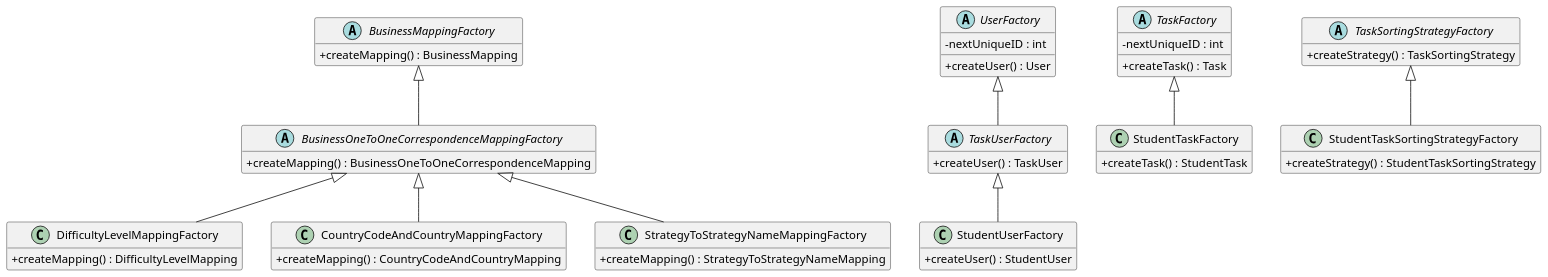
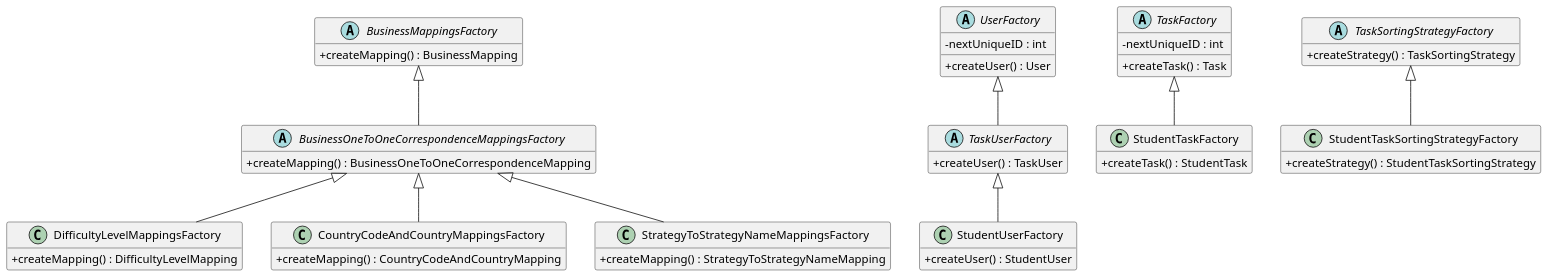
The second of 2 diagrams in Entities.puml (CSC207-2025F-UofT/team-project), drawn with PlantUML before and after one commit. The commit also changed other lines of this file and 1 other file, not shown here.

```diff
--- a/Entities.puml
+++ b/Entities.puml
@@ -98,75 +116,75 @@
 @startuml
 'https://plantuml.com/class-diagram
 ' `..|>` represents Interface Realization/Implementation (dashed line with an open arrow).
 ' `--|>` represents Inheritance/Generalization (solid line with an open arrow).
 ' `o-->` represents Aggregation (a hollow diamond pointing to the owner/container). The "\*" indicates multiplicity (e.g., Drawing holds multiple Shape objects).
 skinparam dpi 120
 skinparam classAttributeIconSize 0
 hide empty members
 
 ' ========
 ' Factories
 ' ========
-abstract class BusinessMappingFactory {
+abstract class BusinessMappingsFactory {
   + createMapping() : BusinessMapping
 }
 
-abstract class BusinessOneToOneCorrespondenceMappingFactory {
+abstract class BusinessOneToOneCorrespondenceMappingsFactory {
   + createMapping() : BusinessOneToOneCorrespondenceMapping
 }
 
-class DifficultyLevelMappingFactory {
+class DifficultyLevelMappingsFactory {
   + createMapping() : DifficultyLevelMapping
 }
 
-class CountryCodeAndCountryMappingFactory {
+class CountryCodeAndCountryMappingsFactory {
   + createMapping() : CountryCodeAndCountryMapping
 }
 
-class StrategyToStrategyNameMappingFactory {
+class StrategyToStrategyNameMappingsFactory {
   + createMapping() : StrategyToStrategyNameMapping
 }
 
-BusinessMappingFactory <|-- BusinessOneToOneCorrespondenceMappingFactory
-BusinessOneToOneCorrespondenceMappingFactory <|-- DifficultyLevelMappingFactory
-BusinessOneToOneCorrespondenceMappingFactory <|-- CountryCodeAndCountryMappingFactory
-BusinessOneToOneCorrespondenceMappingFactory <|-- StrategyToStrategyNameMappingFactory
+BusinessMappingsFactory <|-- BusinessOneToOneCorrespondenceMappingsFactory
+BusinessOneToOneCorrespondenceMappingsFactory <|-- DifficultyLevelMappingsFactory
+BusinessOneToOneCorrespondenceMappingsFactory <|-- CountryCodeAndCountryMappingsFactory
+BusinessOneToOneCorrespondenceMappingsFactory <|-- StrategyToStrategyNameMappingsFactory
 
 abstract class UserFactory {
   - nextUniqueID : int
   + createUser() : User
 }
 
 abstract class TaskUserFactory {
   + createUser() : TaskUser
 }
 
 class StudentUserFactory {
   + createUser() : StudentUser
 }
 
 UserFactory <|-- TaskUserFactory
 TaskUserFactory <|-- StudentUserFactory
 
 abstract class TaskFactory {
   - nextUniqueID : int
   + createTask() : Task
 }
 
 class StudentTaskFactory {
   + createTask() : StudentTask
 }
 
 TaskFactory <|-- StudentTaskFactory
 
 abstract class TaskSortingStrategyFactory {
   + createStrategy() : TaskSortingStrategy
 }
 
 class StudentTaskSortingStrategyFactory {
   + createStrategy() : StudentTaskSortingStrategy
 }
 
 TaskSortingStrategyFactory <|-- StudentTaskSortingStrategyFactory
 
 @enduml
```
